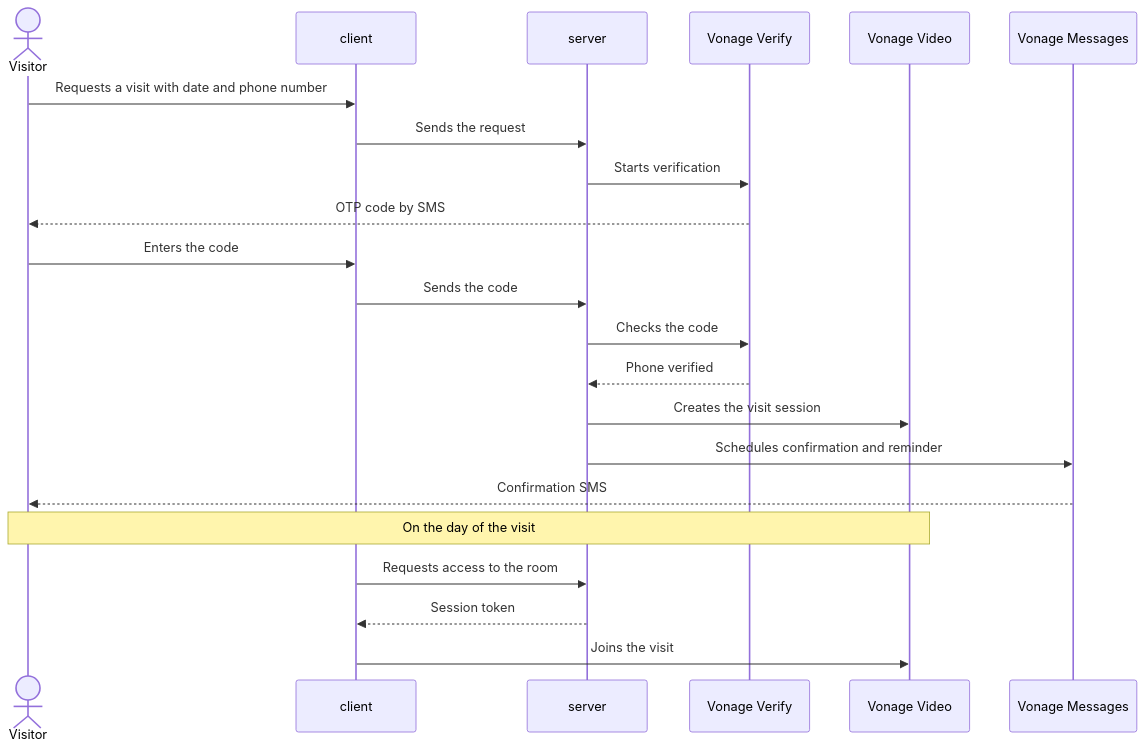
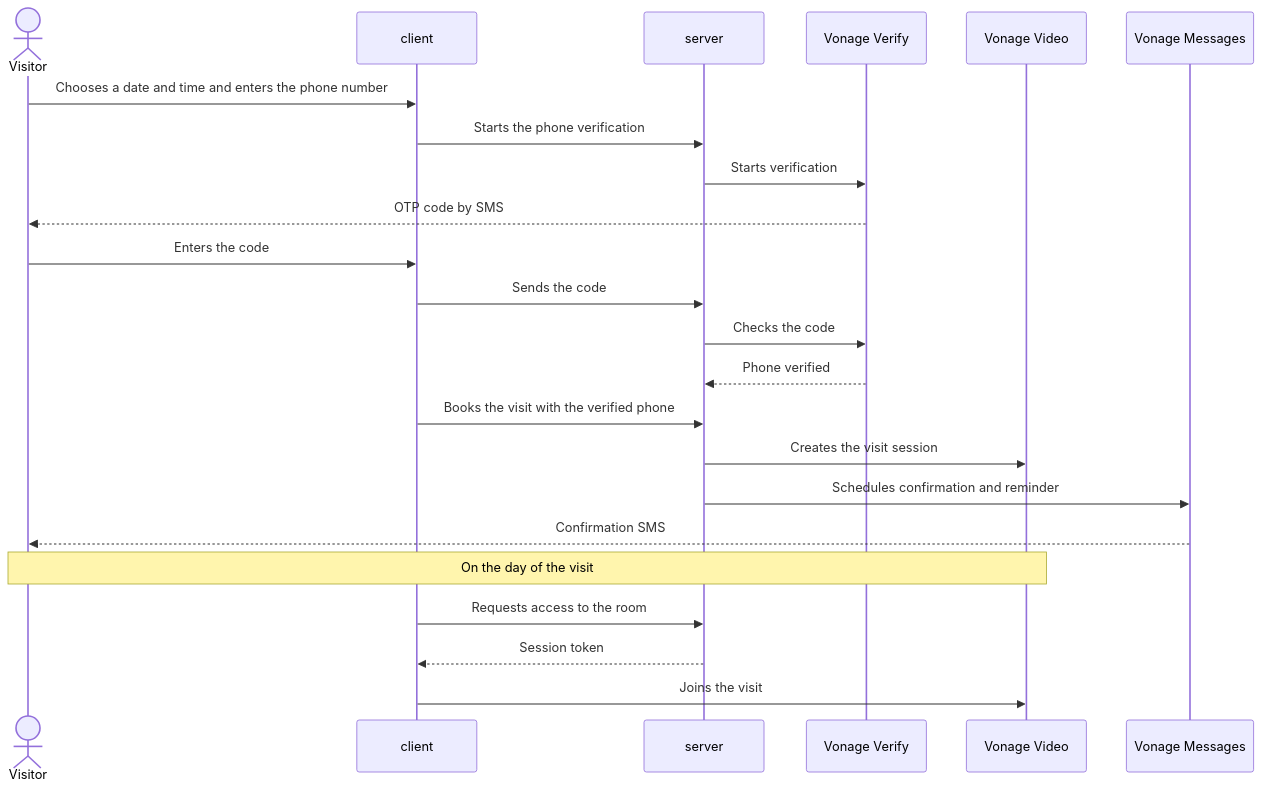
The second of 2 diagrams in docs/architecture/README.md (femCodersClub-vonage-program/secure-property-viewing), drawn with Mermaid before and after one commit. The commit also changed 8 other files, not shown here.

````diff
--- a/docs/architecture/README.md
+++ b/docs/architecture/README.md
@@ -23,24 +23,25 @@
 ```mermaid
 sequenceDiagram
     actor V as Visitor
     participant C as client
     participant S as server
     participant VY as Vonage Verify
     participant VV as Vonage Video
     participant VM as Vonage Messages
-    V->>C: Requests a visit with date and phone number
-    C->>S: Sends the request
+    V->>C: Chooses a date and time and enters the phone number
+    C->>S: Starts the phone verification
     S->>VY: Starts verification
     VY-->>V: OTP code by SMS
     V->>C: Enters the code
     C->>S: Sends the code
     S->>VY: Checks the code
     VY-->>S: Phone verified
+    C->>S: Books the visit with the verified phone
     S->>VV: Creates the visit session
     S->>VM: Schedules confirmation and reminder
     VM-->>V: Confirmation SMS
     Note over V,VV: On the day of the visit
     C->>S: Requests access to the room
     S-->>C: Session token
     C->>VV: Joins the visit
 ```
````
